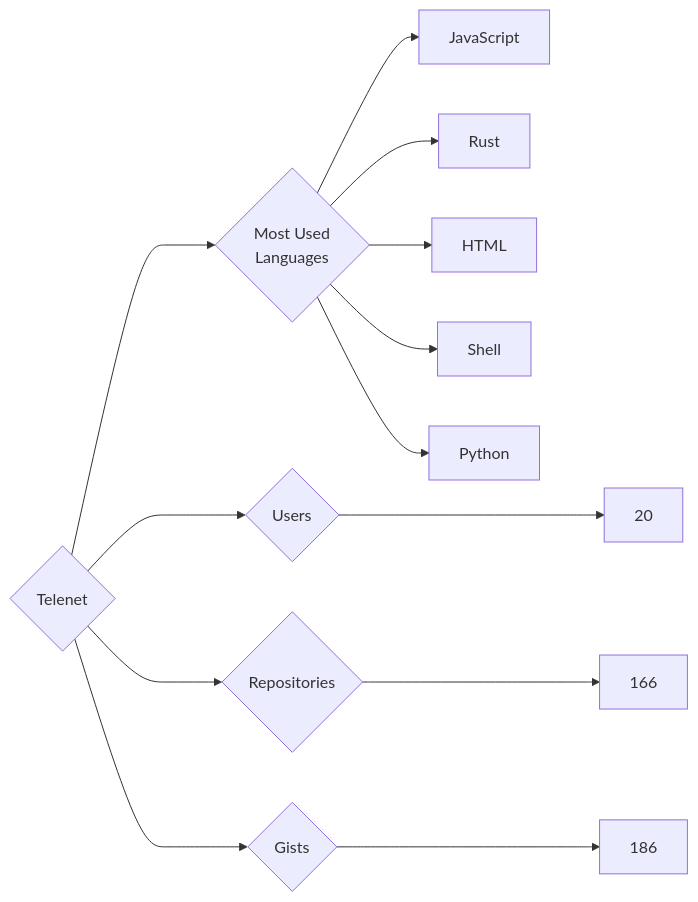
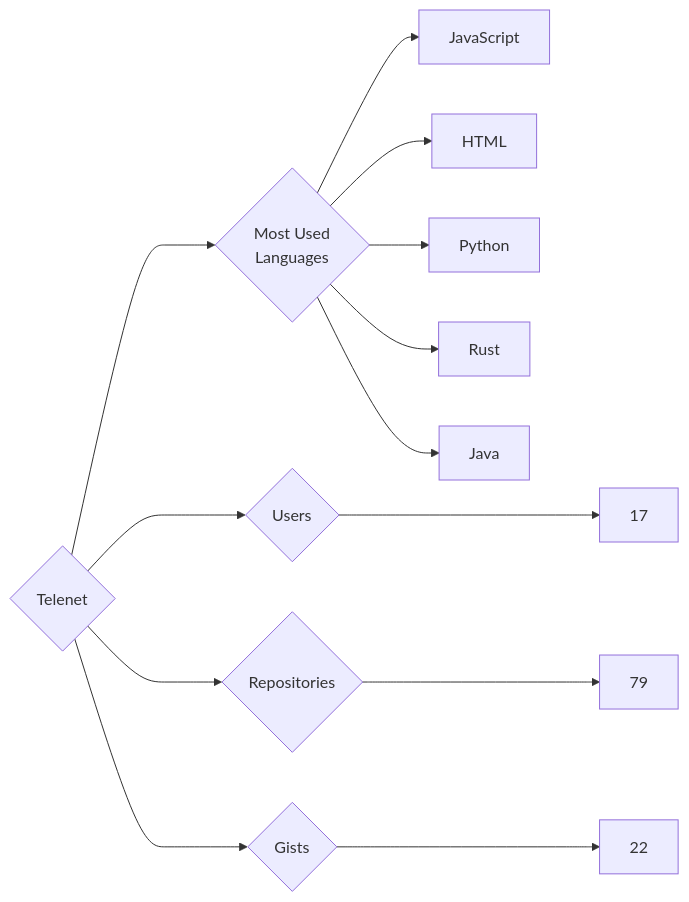
The diagram in targets/Telenet/README.md (trickest/insiders), drawn with Mermaid before and after one commit. The commit also changed 964 other files, not shown here.

````diff
--- a/targets/Telenet/README.md
+++ b/targets/Telenet/README.md
@@ -3,13 +3,13 @@
 ```mermaid
 graph LR
 COMPANY_NAME{Telenet}
-COMPANY_NAME ---> U{Users} ---> UN[20]
-COMPANY_NAME ---> R{Repositories} ---> RN[166]
-COMPANY_NAME ---> G{Gists} ---> GN[186]
+COMPANY_NAME ---> U{Users} ---> UN[17]
+COMPANY_NAME ---> R{Repositories} ---> RN[79]
+COMPANY_NAME ---> G{Gists} ---> GN[22]
 COMPANY_NAME ---> ML{Most Used<br>Languages}
 ML --> JavaScript[JavaScript]
+ML --> HTML[HTML]
+ML --> Python[Python]
 ML --> Rust[Rust]
-ML --> HTML[HTML]
-ML --> Shell[Shell]
-ML --> Python[Python]
+ML --> Java[Java]
 ```
````
